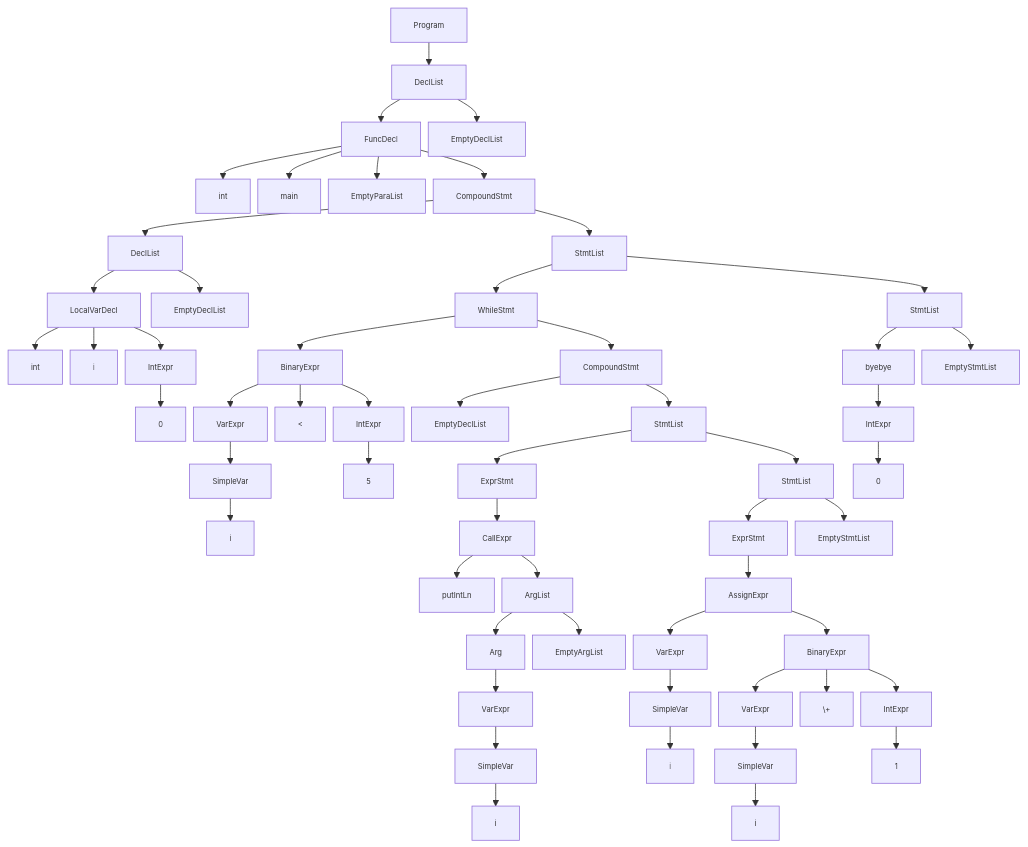
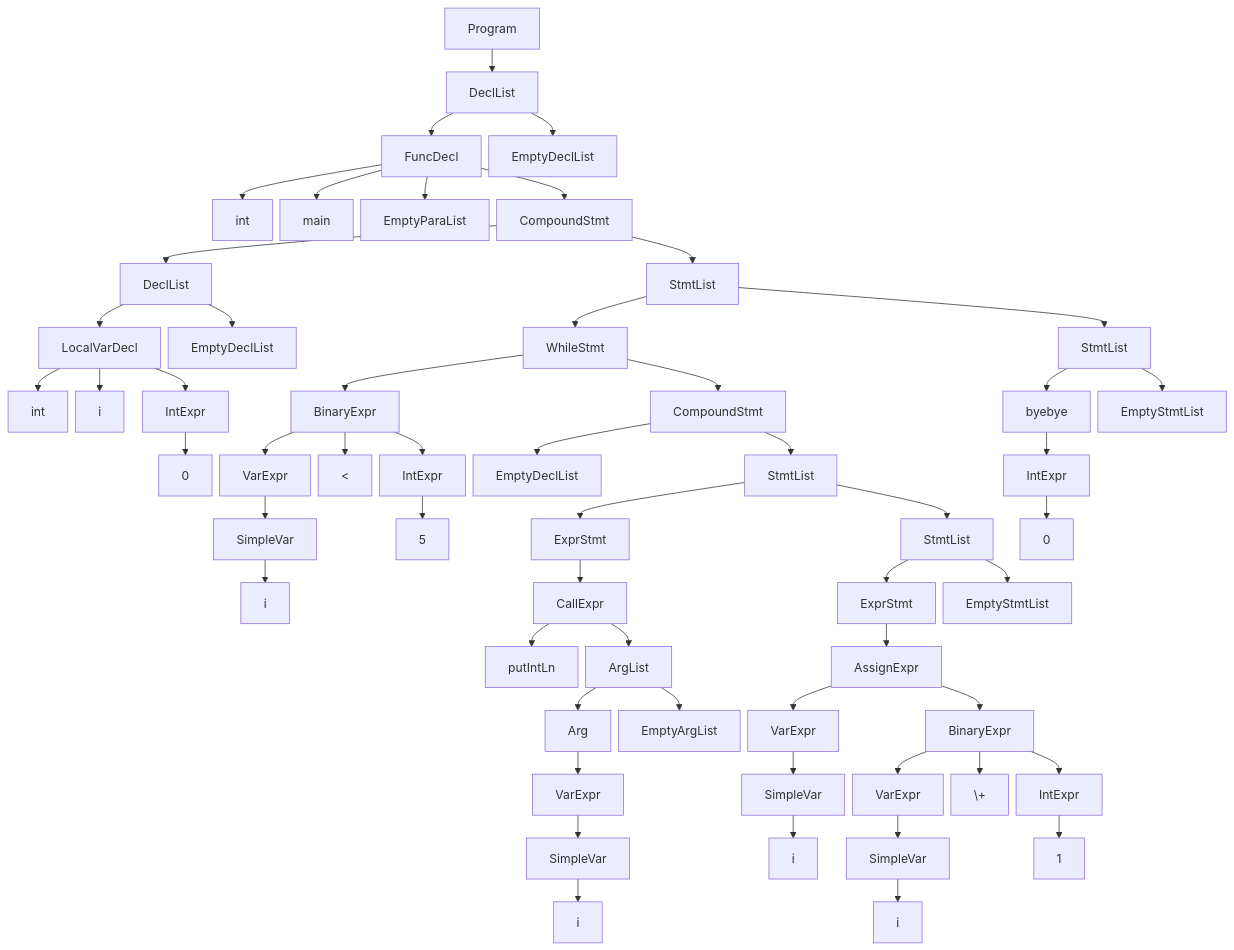
Before and after one commit to RiceL123/ricelang-playground: the third of 4 diagrams in frontend/app/about/about.md, drawn with Mermaid. The commit also changed 5 other files, not shown here.

````diff
--- a/frontend/app/about/about.md
+++ b/frontend/app/about/about.md
@@ -92,68 +92,66 @@
 ```mermaid
 %%{ init: {
   "theme": "default",
   "flowchart": {
     "nodeSpacing": 10,
     "rankSpacing": 30
   },
   "width": "100%"
 } }%%
 flowchart TD
-    classDef small font-size:10px,padding:0px;
-
-    1[Program]:::small
-    1-->2[DeclList]:::small
-    2-->3[FuncDecl]:::small
-    3-->4[int]:::small
-    3-->5[main]:::small
-    3-->6[EmptyParaList]:::small
-    3-->7[CompoundStmt]:::small
-    7-->8[DeclList]:::small
-    8-->9[LocalVarDecl]:::small
-    9-->10[int]:::small
-    9-->11[i]:::small
-    9-->12[IntExpr]:::small
-    12-->13[0]:::small
-    8-->14[EmptyDeclList]:::small
-    7-->15[StmtList]:::small
-    15-->16[WhileStmt]:::small
-    16-->17[BinaryExpr]:::small
-    17-->18[VarExpr]:::small
-    18-->19[SimpleVar]:::small
-    19-->20[i]:::small
-    17-->21["<"]:::small
-    17-->22[IntExpr]:::small
-    22-->23[5]:::small
-    16-->24[CompoundStmt]:::small
-    24-->25[EmptyDeclList]:::small
-    24-->26[StmtList]:::small
-    26-->27[ExprStmt]:::small
-    27-->28[CallExpr]:::small
-    28-->29[putIntLn]:::small
-    28-->30[ArgList]:::small
-    30-->31[Arg]:::small
-    31-->32[VarExpr]:::small
-    32-->33[SimpleVar]:::small
-    33-->34[i]:::small
-    30-->35[EmptyArgList]:::small
-    26-->36[StmtList]:::small
-    36-->37[ExprStmt]:::small
-    37-->38[AssignExpr]:::small
-    38-->39[VarExpr]:::small
-    39-->40[SimpleVar]:::small
-    40-->41[i]:::small
-    38-->42[BinaryExpr]:::small
-    42-->43[VarExpr]:::small
-    43-->44[SimpleVar]:::small
-    44-->45[i]:::small
-    42-->46["\+"]:::small
-    42-->47[IntExpr]:::small
-    47-->48[1]:::small
-    36-->49[EmptyStmtList]:::small
-    15-->50[StmtList]:::small
-    50-->51[byebye]:::small
-    51-->52[IntExpr]:::small
-    52-->53[0]:::small
-    50-->54[EmptyStmtList]:::small
-    2-->55[EmptyDeclList]:::small
+    1[Program]
+    1-->2[DeclList]
+    2-->3[FuncDecl]
+    3-->4[int]
+    3-->5[main]
+    3-->6[EmptyParaList]
+    3-->7[CompoundStmt]
+    7-->8[DeclList]
+    8-->9[LocalVarDecl]
+    9-->10[int]
+    9-->11[i]
+    9-->12[IntExpr]
+    12-->13[0]
+    8-->14[EmptyDeclList]
+    7-->15[StmtList]
+    15-->16[WhileStmt]
+    16-->17[BinaryExpr]
+    17-->18[VarExpr]
+    18-->19[SimpleVar]
+    19-->20[i]
+    17-->21["<"]
+    17-->22[IntExpr]
+    22-->23[5]
+    16-->24[CompoundStmt]
+    24-->25[EmptyDeclList]
+    24-->26[StmtList]
+    26-->27[ExprStmt]
+    27-->28[CallExpr]
+    28-->29[putIntLn]
+    28-->30[ArgList]
+    30-->31[Arg]
+    31-->32[VarExpr]
+    32-->33[SimpleVar]
+    33-->34[i]
+    30-->35[EmptyArgList]
+    26-->36[StmtList]
+    36-->37[ExprStmt]
+    37-->38[AssignExpr]
+    38-->39[VarExpr]
+    39-->40[SimpleVar]
+    40-->41[i]
+    38-->42[BinaryExpr]
+    42-->43[VarExpr]
+    43-->44[SimpleVar]
+    44-->45[i]
+    42-->46["\+"]
+    42-->47[IntExpr]
+    47-->48[1]
+    36-->49[EmptyStmtList]
+    15-->50[StmtList]
+    50-->51[byebye]
+    51-->52[IntExpr]
+    52-->53[0]
+    50-->54[EmptyStmtList]
+    2-->55[EmptyDeclList]
 ```
````
